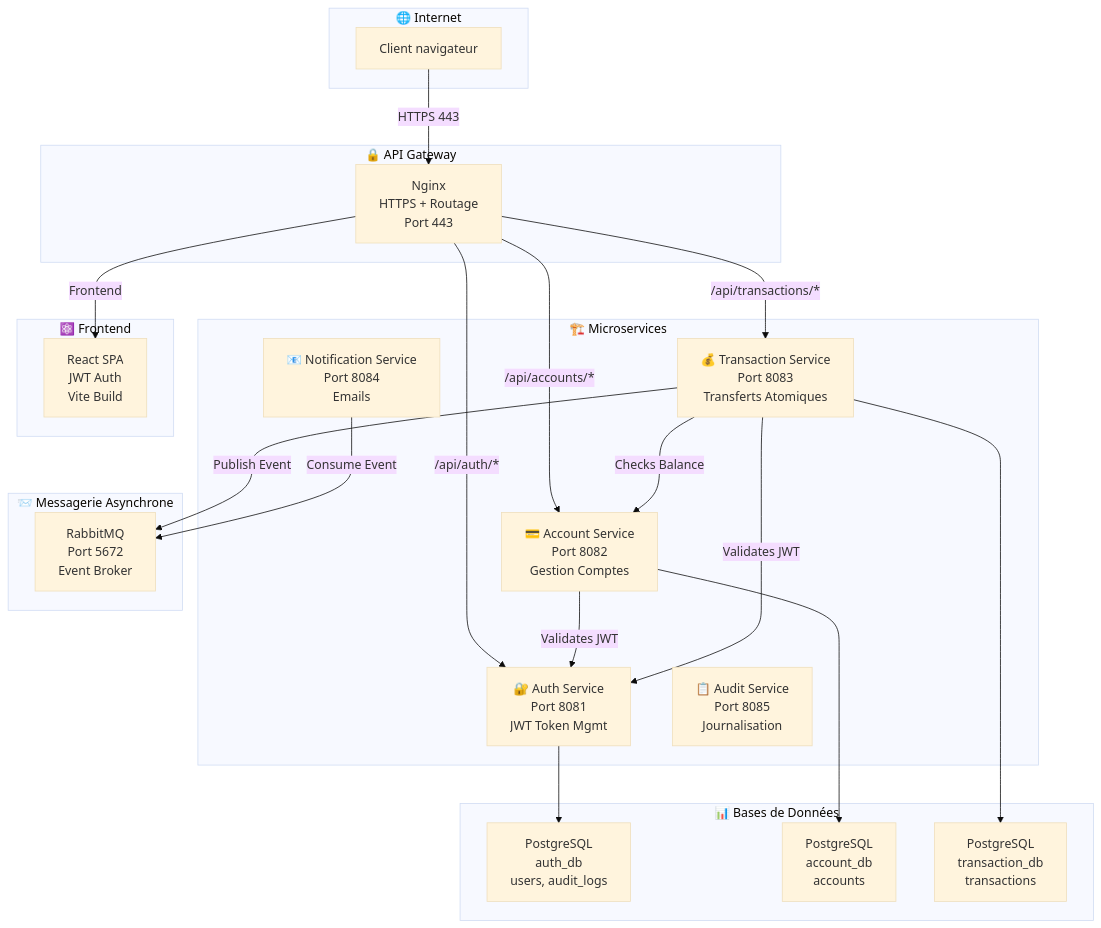
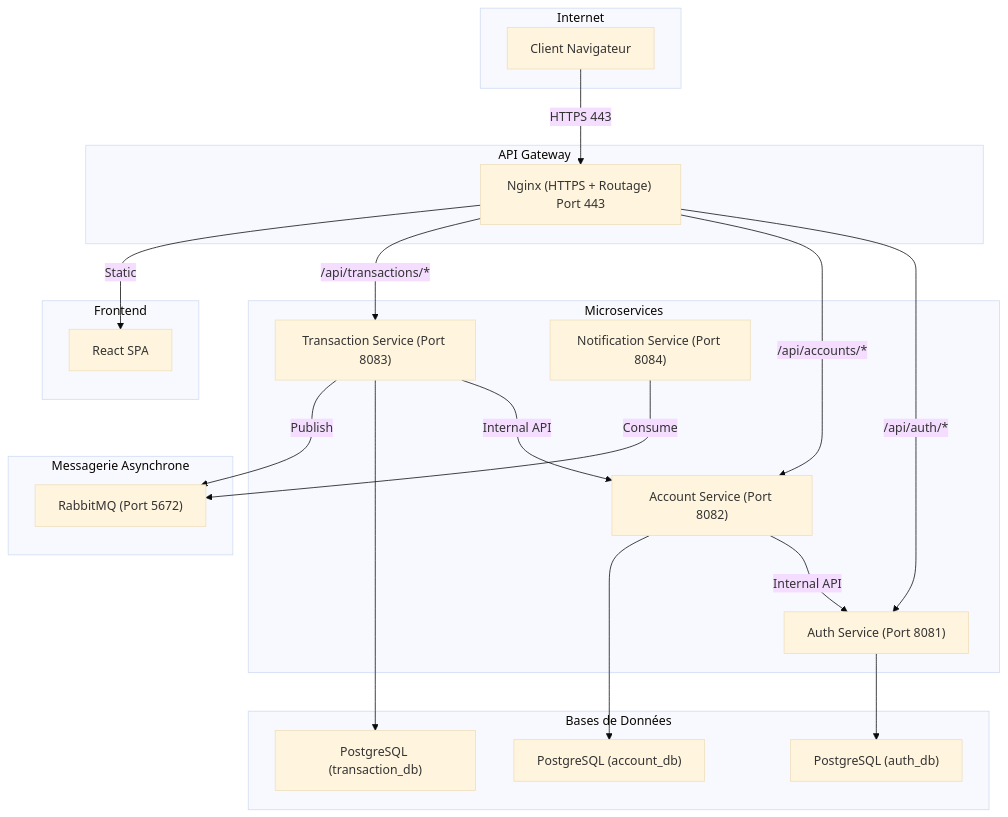
The diagram in Documentation/architecture.md (VaneckMinlaa/SelfService), drawn with Mermaid (base theme) before and after one commit. The commit also changed other lines of this file and 59 other files, not shown here.

````diff
--- a/Documentation/architecture.md
+++ b/Documentation/architecture.md
@@ -17,48 +18,46 @@
 ```mermaid
 flowchart TB
-  subgraph internet ["🌐 Internet"]
-    Client["Client navigateur"]
+  subgraph internet ["Internet"]
+    Client["Client Navigateur"]
   end
 
-  subgraph gateway ["🔒 API Gateway"]
-    Nginx["Nginx<br/>HTTPS + Routage<br/>Port 443"]
+  subgraph gateway ["API Gateway"]
+    Nginx["Nginx (HTTPS + Routage) Port 443"]
   end
 
-  subgraph microservices ["🏗️ Microservices"]
-    AuthSvc["🔐 Auth Service<br/>Port 8081<br/>JWT Token Mgmt"]
-    AccountSvc["💳 Account Service<br/>Port 8082<br/>Gestion Comptes"]
-    TransactionSvc["💰 Transaction Service<br/>Port 8083<br/>Transferts Atomiques"]
-    NotifSvc["📧 Notification Service<br/>Port 8084<br/>Emails"]
-    AuditSvc["📋 Audit Service<br/>Port 8085<br/>Journalisation"]
+  subgraph microservices ["Microservices"]
+    AuthSvc["Auth Service (Port 8081)"]
+    AccountSvc["Account Service (Port 8082)"]
+    TransactionSvc["Transaction Service (Port 8083)"]
+    NotifSvc["Notification Service (Port 8084)"]
   end
 
-  subgraph databases ["📊 Bases de Données"]
-    AuthDB["PostgreSQL<br/>auth_db<br/>users, audit_logs"]
-    AccountDB["PostgreSQL<br/>account_db<br/>accounts"]
-    TransactionDB["PostgreSQL<br/>transaction_db<br/>transactions"]
+  subgraph databases ["Bases de Données"]
+    AuthDB["PostgreSQL (auth_db)"]
+    AccountDB["PostgreSQL (account_db)"]
+    TransactionDB["PostgreSQL (transaction_db)"]
   end
 
-  subgraph messaging ["📨 Messagerie Asynchrone"]
-    RabbitMQ["RabbitMQ<br/>Port 5672<br/>Event Broker"]
+  subgraph messaging ["Messagerie Asynchrone"]
+    RabbitMQ["RabbitMQ (Port 5672)"]
   end
 
-  subgraph frontend ["⚛️ Frontend"]
-    React["React SPA<br/>JWT Auth<br/>Vite Build"]
+  subgraph frontend ["Frontend"]
+    React["React SPA"]
   end
 
   Client -->|HTTPS 443| Nginx
   Nginx -->|/api/auth/*| AuthSvc
   Nginx -->|/api/accounts/*| AccountSvc
   Nginx -->|/api/transactions/*| TransactionSvc
-  Nginx -->|Frontend| React
+  Nginx -->|Static| React
 
-  AccountSvc -->|Validates JWT| AuthSvc
-  TransactionSvc -->|Validates JWT| AuthSvc
-  TransactionSvc -->|Checks Balance| AccountSvc
+  AccountSvc -->|Internal API| AuthSvc
+  TransactionSvc -->|Internal API| AccountSvc
 
   AuthSvc --> AuthDB
   AccountSvc --> AccountDB
   TransactionSvc --> TransactionDB
-  TransactionSvc -->|Publish Event| RabbitMQ
-  NotifSvc -->|Consume Event| RabbitMQ
+  TransactionSvc -->|Publish| RabbitMQ
+  NotifSvc -->|Consume| RabbitMQ
 ```
````
